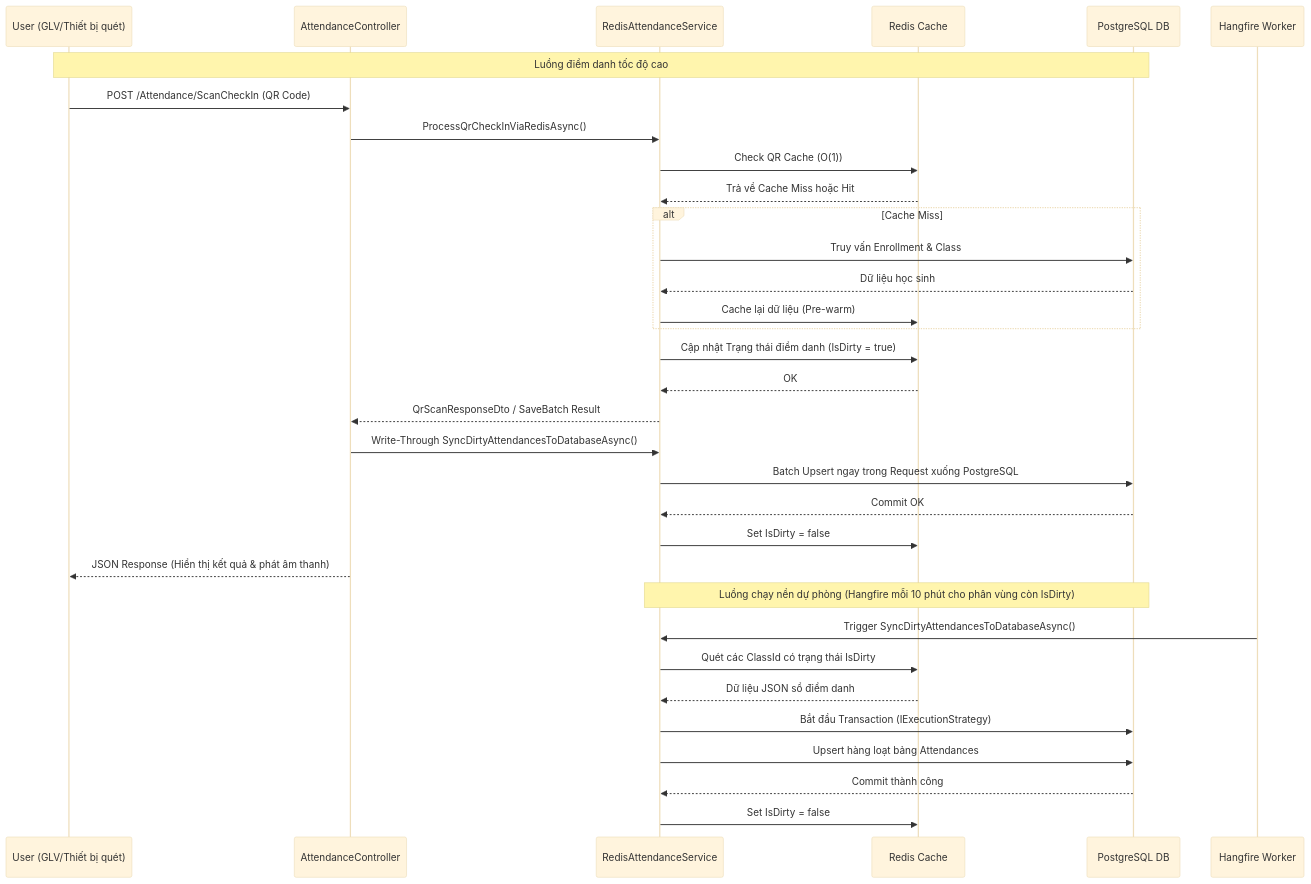
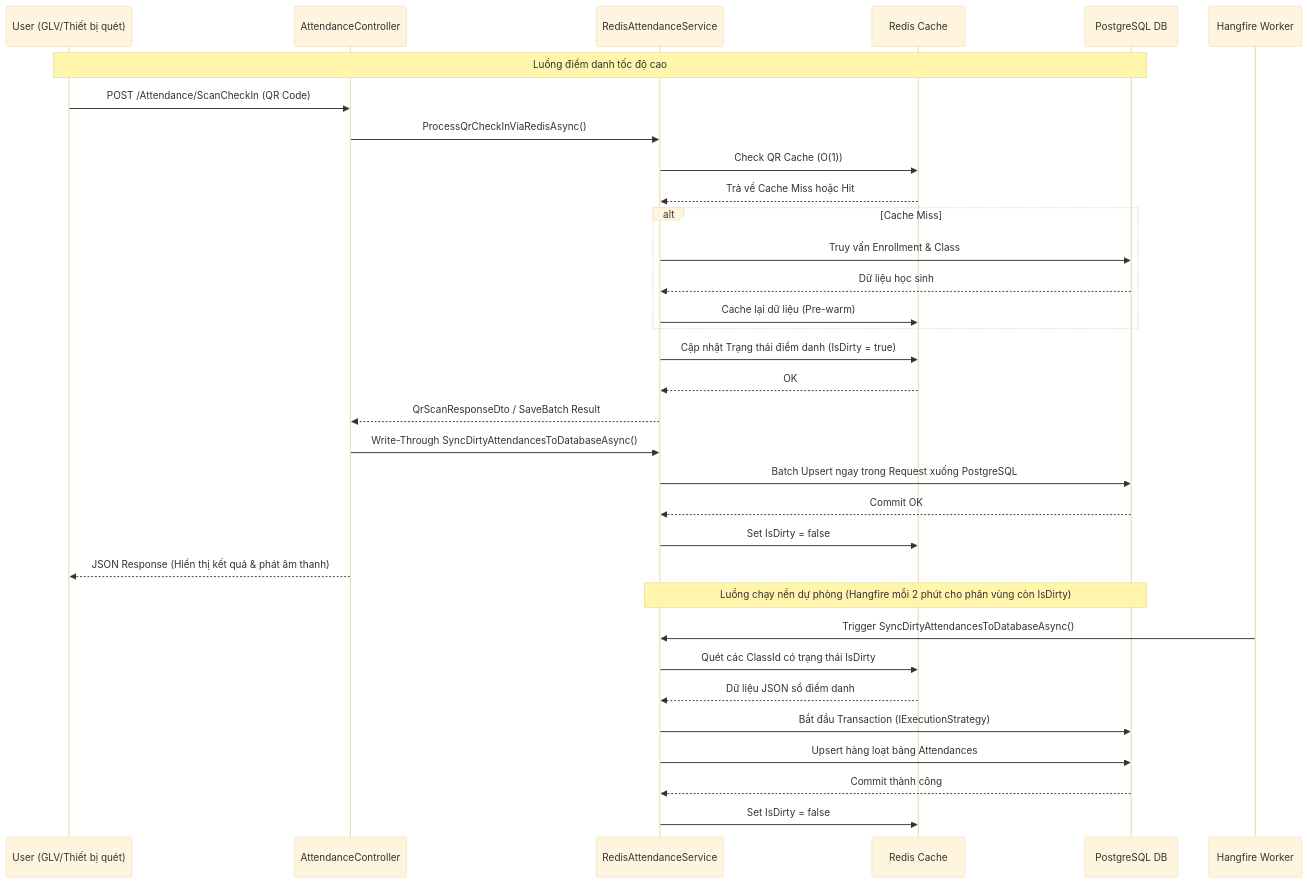
Before and after one commit to Kiin11/ManagerStudentCaltholic: the diagram in AI-Knowledge/00-OVERVIEW/Request Flow Diagram.md, drawn with Mermaid (base theme). The commit also changed 27 other files, not shown here.

````diff
--- a/AI-Knowledge/00-OVERVIEW/Request Flow Diagram.md
+++ b/AI-Knowledge/00-OVERVIEW/Request Flow Diagram.md
@@ -1,38 +1,38 @@
 ```mermaid
 sequenceDiagram
     participant User as User (GLV/Thiết bị quét)
     participant Ctrl as AttendanceController
     participant R_Svc as RedisAttendanceService
     participant Redis as Redis Cache
     participant DB as PostgreSQL DB
     participant Hangfire as Hangfire Worker
 
     Note over User, DB: Luồng điểm danh tốc độ cao
     User->>Ctrl: POST /Attendance/ScanCheckIn (QR Code)
     Ctrl->>R_Svc: ProcessQrCheckInViaRedisAsync()
     R_Svc->>Redis: Check QR Cache (O(1))
     Redis-->>R_Svc: Trả về Cache Miss hoặc Hit
     alt Cache Miss
         R_Svc->>DB: Truy vấn Enrollment & Class
         DB-->>R_Svc: Dữ liệu học sinh
         R_Svc->>Redis: Cache lại dữ liệu (Pre-warm)
     end
     R_Svc->>Redis: Cập nhật Trạng thái điểm danh (IsDirty = true)
     Redis-->>R_Svc: OK
     R_Svc-->>Ctrl: QrScanResponseDto / SaveBatch Result
     Ctrl->>R_Svc: Write-Through SyncDirtyAttendancesToDatabaseAsync()
     R_Svc->>DB: Batch Upsert ngay trong Request xuống PostgreSQL
     DB-->>R_Svc: Commit OK
     R_Svc->>Redis: Set IsDirty = false
     Ctrl-->>User: JSON Response (Hiển thị kết quả & phát âm thanh)
 
-    Note over R_Svc, DB: Luồng chạy nền dự phòng (Hangfire mỗi 10 phút cho phân vùng còn IsDirty)
+    Note over R_Svc, DB: Luồng chạy nền dự phòng (Hangfire mỗi 2 phút cho phân vùng còn IsDirty)
     Hangfire->>R_Svc: Trigger SyncDirtyAttendancesToDatabaseAsync()
     R_Svc->>Redis: Quét các ClassId có trạng thái IsDirty
     Redis-->>R_Svc: Dữ liệu JSON sổ điểm danh
     R_Svc->>DB: Bắt đầu Transaction (IExecutionStrategy)
     R_Svc->>DB: Upsert hàng loạt bảng Attendances
     DB-->>R_Svc: Commit thành công
     R_Svc->>Redis: Set IsDirty = false
 	
 ```
````
